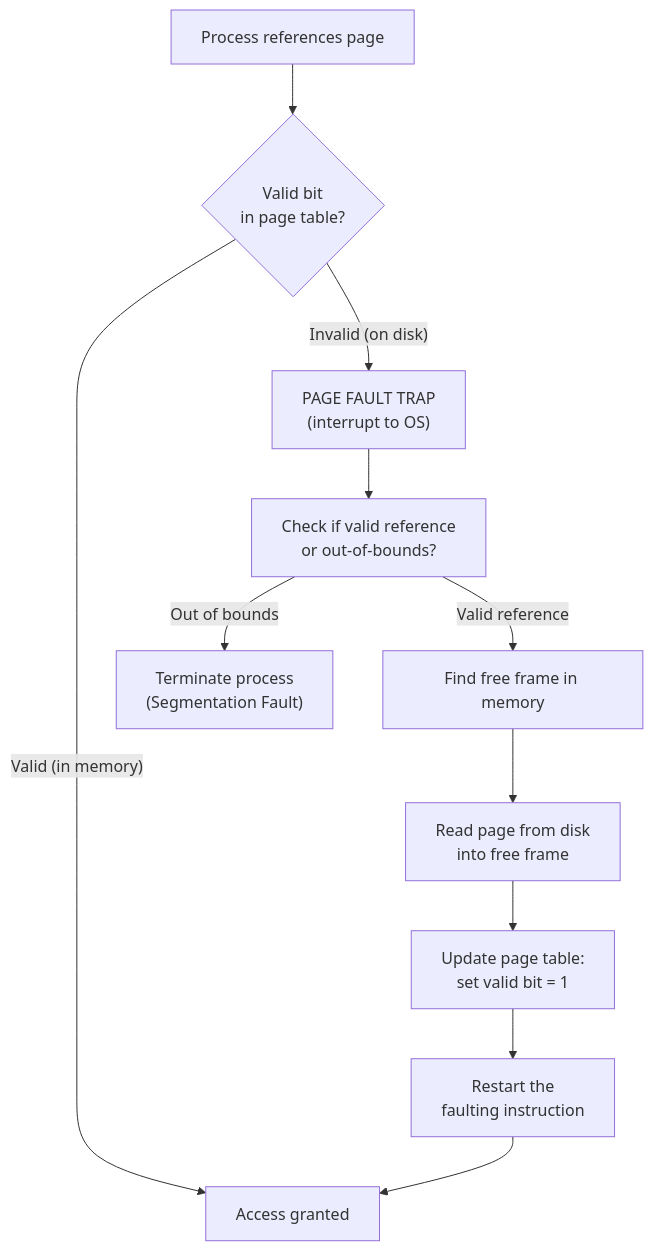
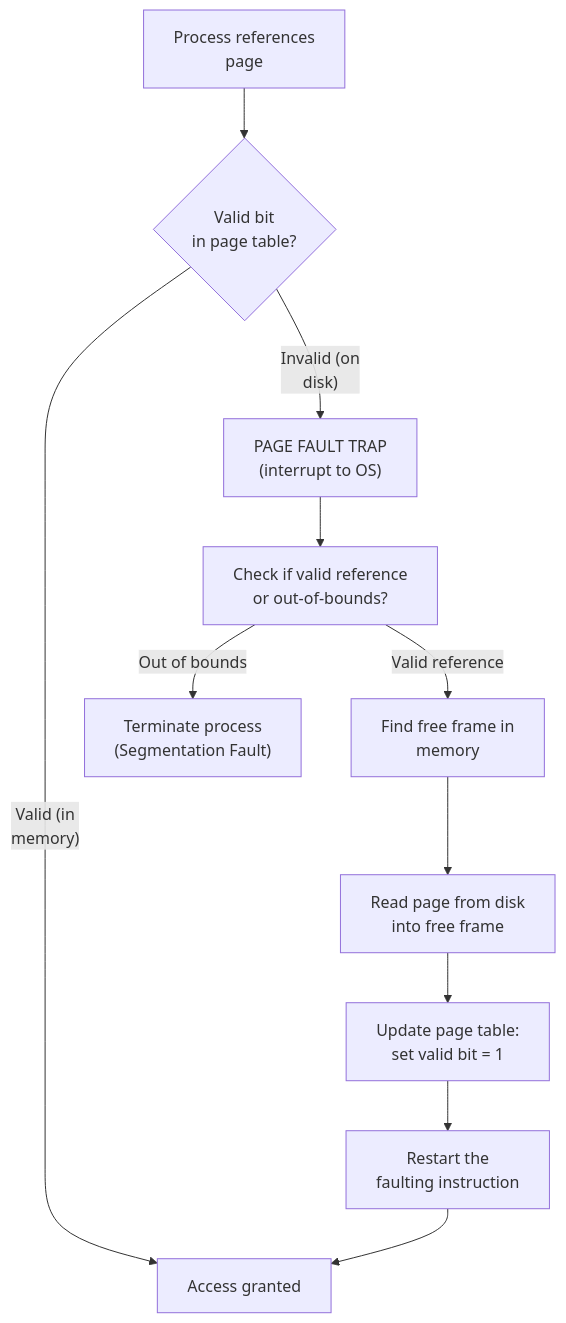
One commit to amitdevx/TY changed the sixth of 7 diagrams in 01-Semester-V/CS-302-MJ-T-Operating-Systems/Unit-3.md. Above: the diagram before and after it, drawn with Mermaid. The commit also changed other lines of this file and 65 other files, not shown here.

Commit message:
fix:graph vertical

````diff
--- a/01-Semester-V/CS-302-MJ-T-Operating-Systems/Unit-3.md
+++ b/01-Semester-V/CS-302-MJ-T-Operating-Systems/Unit-3.md
@@ -291,13 +295,13 @@
 ```mermaid
 flowchart TD
-    A["Process references page"] --> B{"Valid bit<br/>in page table?"}
-    B -->|"Valid (in memory)"| G["Access granted<br/>"]
-    B -->|"Invalid (on disk)"| C["PAGE FAULT TRAP<br/>(interrupt to OS)"]
+    A["Process references<br/>page"] --> B{"Valid bit<br/>in page table?"}
+    B -->|"Valid (in<br/>memory)"| G["Access granted<br/>"]
+    B -->|"Invalid (on<br/>disk)"| C["PAGE FAULT TRAP<br/>(interrupt to OS)"]
     C --> D["Check if valid reference<br/>or out-of-bounds?"]
     D -->|"Out of bounds"| E["Terminate process<br/>(Segmentation Fault)"]
-    D -->|"Valid reference"| F["Find free frame in memory"]
+    D -->|"Valid reference"| F["Find free frame in<br/>memory"]
     F --> H["Read page from disk<br/>into free frame"]
     H --> I["Update page table:<br/>set valid bit = 1"]
     I --> J["Restart the<br/>faulting instruction"]
     J --> G
 ```
````
